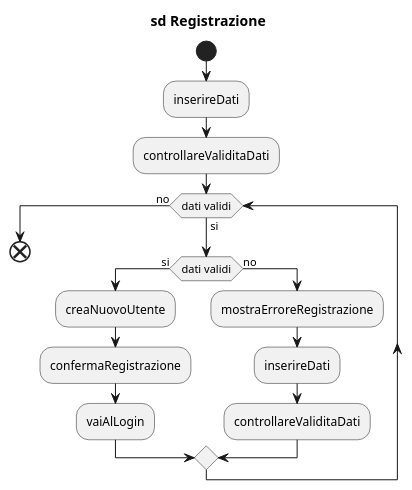
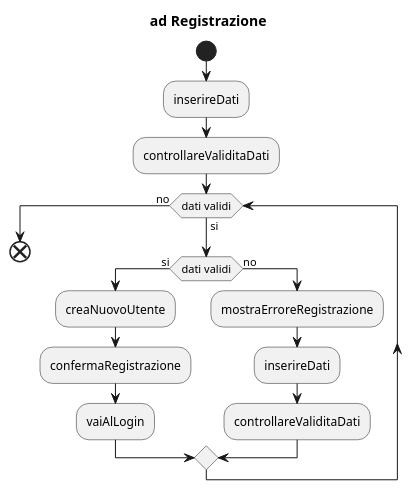
Before and after one commit to sprinja/Progetto_Shop_Strumenti_Musicali: the diagram in uml/Diagrammi di attività/Diagrammadiattivita_Registrazione.puml, drawn with PlantUML. The commit also changed 16 other files, not shown here.

```diff
--- a/uml/Diagrammi di attività/Diagrammadiattivita_Registrazione.puml
+++ b/uml/Diagrammi di attività/Diagrammadiattivita_Registrazione.puml
@@ -1,20 +1,20 @@
 @startuml
-title sd Registrazione
+title ad Registrazione
 
 start
 :inserireDati;
 :controllareValiditaDati;
 while (dati validi) is (si)
     
     if (dati validi) then (si)
         :creaNuovoUtente;
         :confermaRegistrazione;
         :vaiAlLogin;
     else (no)
         :mostraErroreRegistrazione;
         :inserireDati;
         :controllareValiditaDati;
     endif
 endwhile (no)
 end
 @enduml
```
